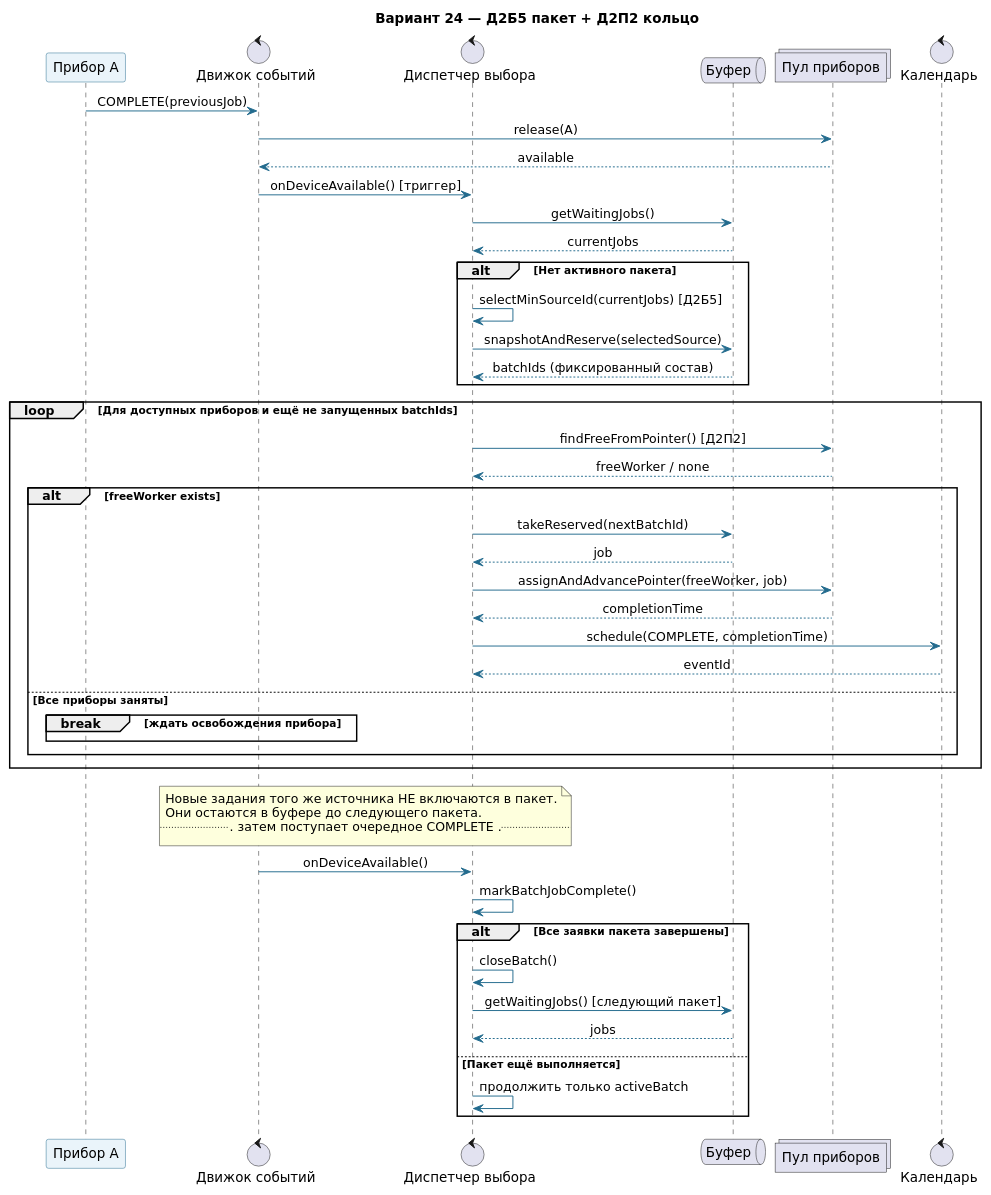
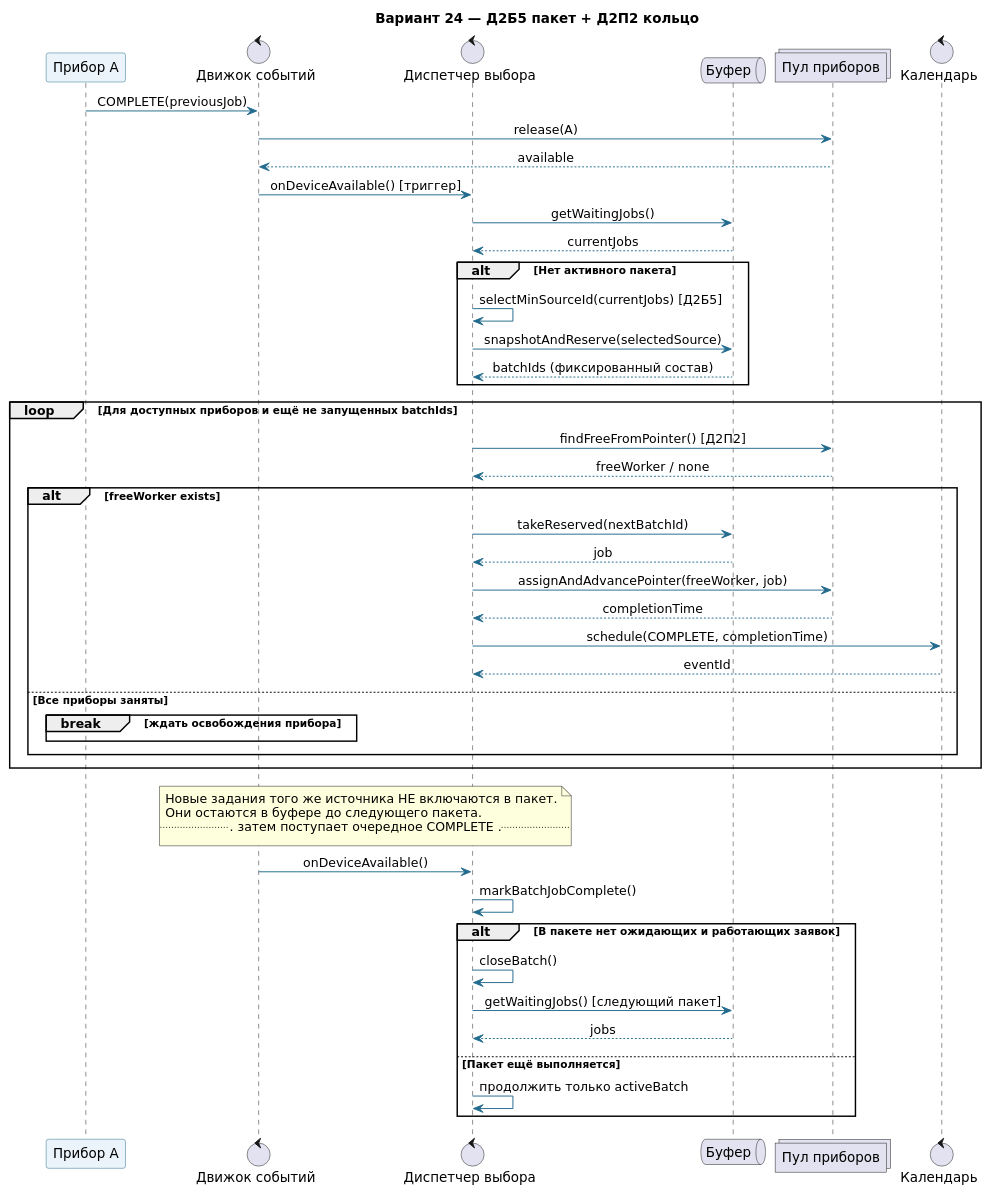
The diagram in diagrams/sequence/batch-processing.puml (Expeline/APS_Lab), drawn with PlantUML before and after one commit. The commit also changed 42 other files, not shown here.

```diff
--- a/diagrams/sequence/batch-processing.puml
+++ b/diagrams/sequence/batch-processing.puml
@@ -1,58 +1,58 @@
 @startuml
 !pragma teoz true
 skinparam backgroundColor white
 skinparam shadowing false
 skinparam defaultFontName DejaVu Sans
 skinparam sequenceMessageAlign center
 skinparam ArrowColor #236B8E
 skinparam ParticipantBorderColor #236B8E
 skinparam ParticipantBackgroundColor #EAF4FA
 
 title Вариант 24 — Д2Б5 пакет + Д2П2 кольцо
 participant "Прибор A" as A
 control "Движок событий" as E
 control "Диспетчер выбора" as DV
 queue "Буфер" as B
 collections "Пул приборов" as P
 control "Календарь" as C
 A -> E: COMPLETE(previousJob)
 E -> P: release(A)
 P --> E: available
 E -> DV: onDeviceAvailable() [триггер]
 DV -> B: getWaitingJobs()
 B --> DV: currentJobs
 alt Нет активного пакета
  DV -> DV: selectMinSourceId(currentJobs) [Д2Б5]
  DV -> B: snapshotAndReserve(selectedSource)
  B --> DV: batchIds (фиксированный состав)
 end
 loop Для доступных приборов и ещё не запущенных batchIds
  DV -> P: findFreeFromPointer() [Д2П2]
  P --> DV: freeWorker / none
  alt freeWorker exists
   DV -> B: takeReserved(nextBatchId)
   B --> DV: job
   DV -> P: assignAndAdvancePointer(freeWorker, job)
   P --> DV: completionTime
   DV -> C: schedule(COMPLETE, completionTime)
   C --> DV: eventId
  else Все приборы заняты
   break ждать освобождения прибора
   end
  end
 end
 note over E,DV
 Новые задания того же источника НЕ включаются в пакет.
 Они остаются в буфере до следующего пакета.
 ... затем поступает очередное COMPLETE ...
 end note
 E -> DV: onDeviceAvailable()
 DV -> DV: markBatchJobComplete()
-alt Все заявки пакета завершены
+alt В пакете нет ожидающих и работающих заявок
  DV -> DV: closeBatch()
  DV -> B: getWaitingJobs() [следующий пакет]
  B --> DV: jobs
 else Пакет ещё выполняется
  DV -> DV: продолжить только activeBatch
 end
 @enduml
```
